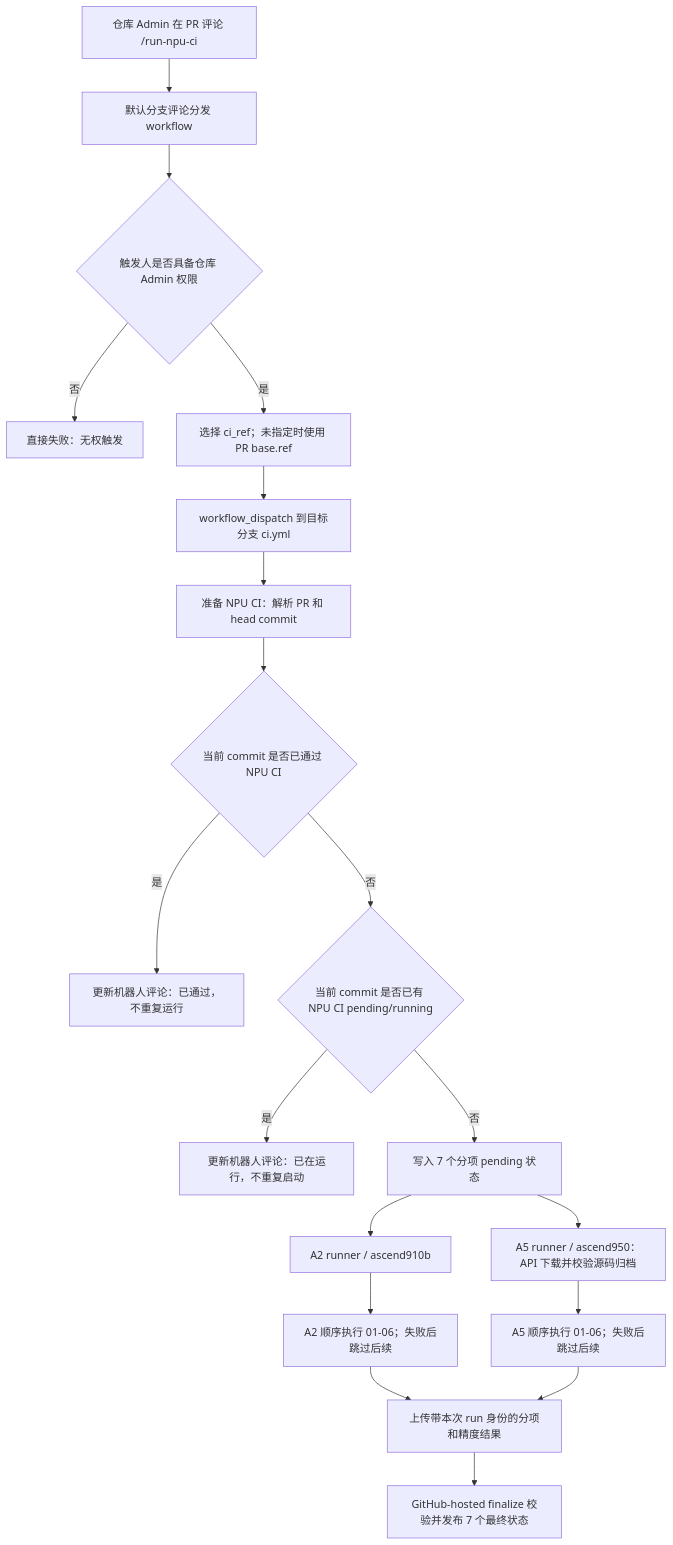
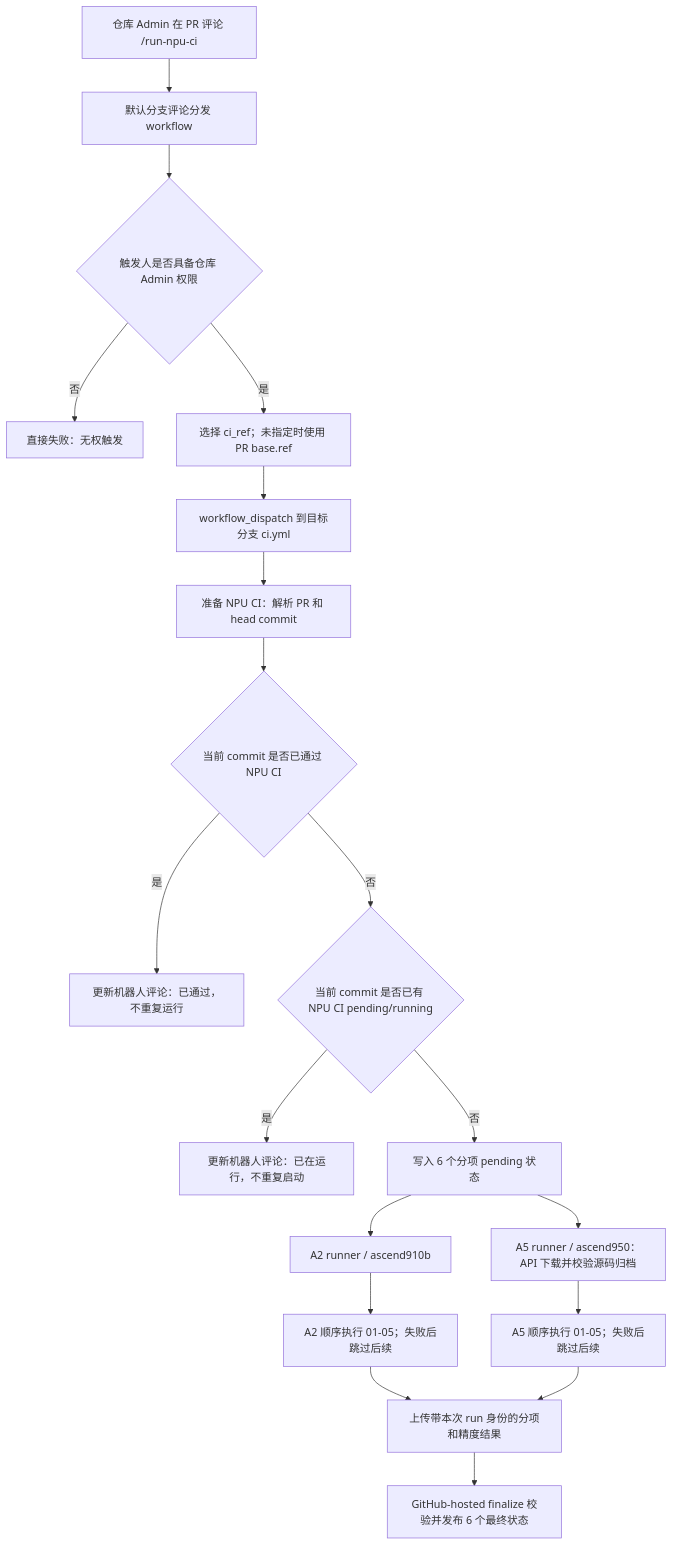
The second of 4 diagrams in docs/Fla-npu仓CI部署教程.md (AnnYE131/flash-linear-attention-npu), drawn with Mermaid before and after one commit. The commit also changed other lines of this file and 14 other files, not shown here.

````diff
--- a/docs/Fla-npu仓CI部署教程.md
+++ b/docs/Fla-npu仓CI部署教程.md
@@ -97,21 +96,21 @@
 ```mermaid
 flowchart TD
     A["仓库 Admin 在 PR 评论 /run-npu-ci"] --> B["默认分支评论分发 workflow"]
     B --> C{"触发人是否具备仓库 Admin 权限"}
     C -- "否" --> D["直接失败：无权触发"]
     C -- "是" --> E["选择 ci_ref；未指定时使用 PR base.ref"]
     E --> F["workflow_dispatch 到目标分支 ci.yml"]
     F --> G["准备 NPU CI：解析 PR 和 head commit"]
     G --> H{"当前 commit 是否已通过 NPU CI"}
     H -- "是" --> I["更新机器人评论：已通过，不重复运行"]
     H -- "否" --> J{"当前 commit 是否已有 NPU CI pending/running"}
     J -- "是" --> K["更新机器人评论：已在运行，不重复启动"]
-    J -- "否" --> L["写入 7 个分项 pending 状态"]
+    J -- "否" --> L["写入 6 个分项 pending 状态"]
     L --> M["A2 runner / ascend910b"]
     L --> N["A5 runner / ascend950：API 下载并校验源码归档"]
-    M --> O["A2 顺序执行 01-06；失败后跳过后续"]
-    N --> P["A5 顺序执行 01-06；失败后跳过后续"]
+    M --> O["A2 顺序执行 01-05；失败后跳过后续"]
+    N --> P["A5 顺序执行 01-05；失败后跳过后续"]
     O --> Q["上传带本次 run 身份的分项和精度结果"]
     P --> Q
-    Q --> R["GitHub-hosted finalize 校验并发布 7 个最终状态"]
+    Q --> R["GitHub-hosted finalize 校验并发布 6 个最终状态"]
 ```
````
